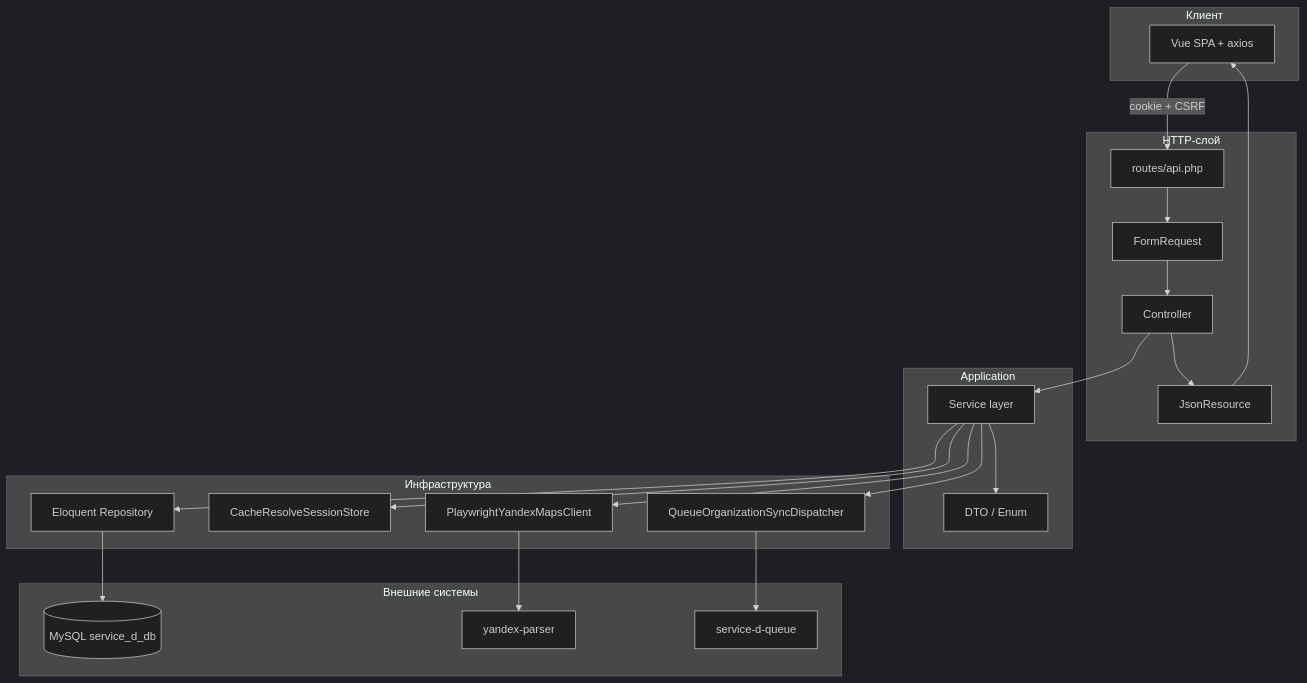
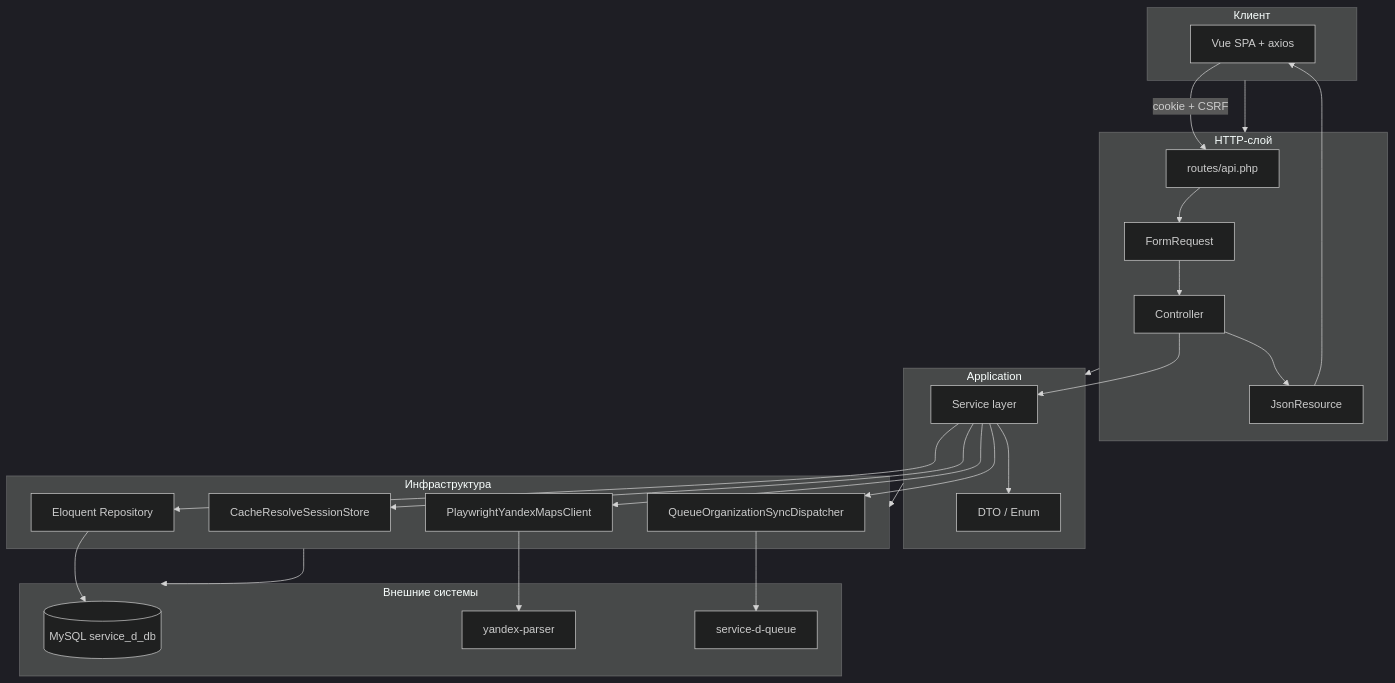
The diagram in service-d/README.md (dvtikhonov/exampleProjectSail), drawn with Mermaid (dark theme) before and after one commit. The commit also changed 8 other files, not shown here.

````diff
--- a/service-d/README.md
+++ b/service-d/README.md
@@ -234,40 +234,42 @@
 ```mermaid
 flowchart TB
     subgraph client [Клиент]
         SPA[Vue SPA + axios]
     end
 
     subgraph http [HTTP-слой]
         R[routes/api.php]
         FR[FormRequest]
         C[Controller]
         RES[JsonResource]
     end
 
     subgraph app [Application]
         SVC[Service layer]
         DTO[DTO / Enum]
     end
 
     subgraph infra [Инфраструктура]
         REPO[Eloquent Repository]
         CACHE[CacheResolveSessionStore]
         QUEUE[QueueOrganizationSyncDispatcher]
         PARSER[PlaywrightYandexMapsClient]
     end
 
     subgraph external [Внешние системы]
         DB[(MySQL service_d_db)]
         YP[yandex-parser]
         WORKER[service-d-queue]
     end
 
+    client --> http --> app --> infra --> external
+
     SPA -->|cookie + CSRF| R
     R --> FR --> C --> SVC
     SVC --> DTO
     SVC --> REPO --> DB
     SVC --> CACHE
     SVC --> PARSER --> YP
     SVC --> QUEUE --> WORKER
     C --> RES --> SPA
 ```
````
